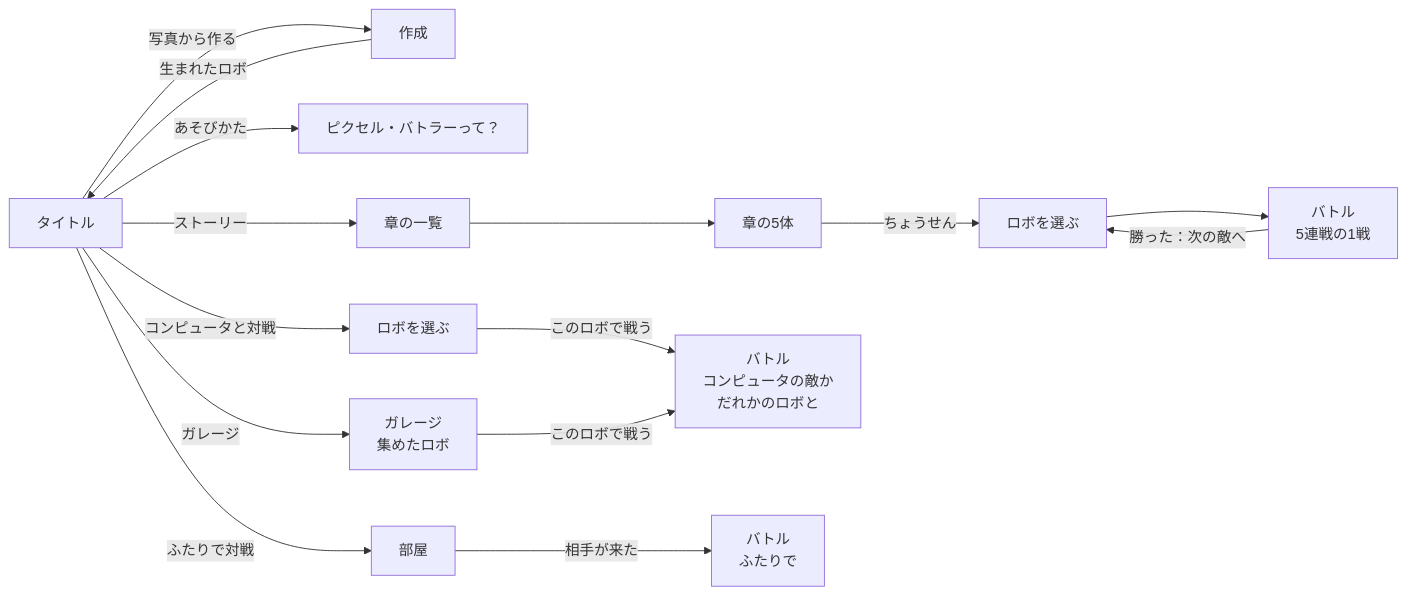
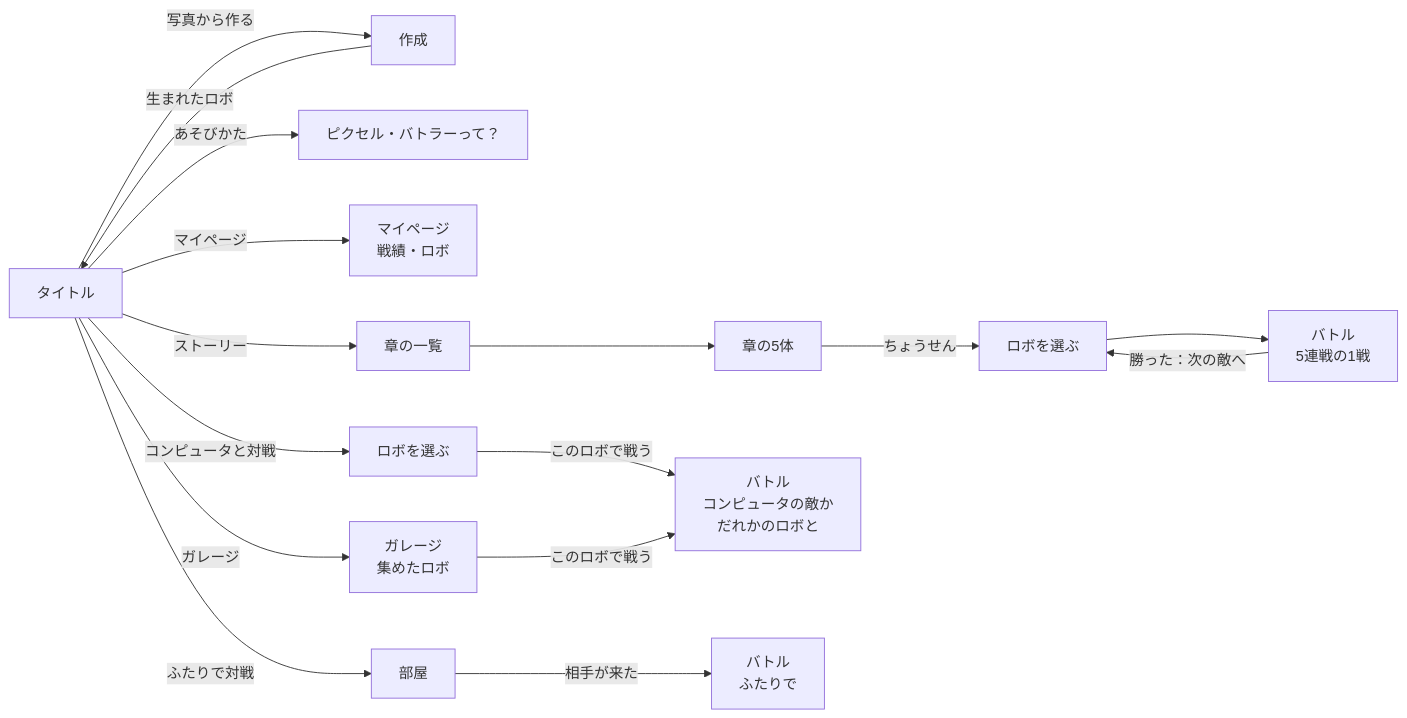
Before and after one commit to ucsd67001/Pixel_Battler: the first of 2 diagrams in docs/DESIGN.md, drawn with Mermaid. The commit also changed other lines of this file and 14 other files, not shown here.

````diff
--- a/docs/DESIGN.md
+++ b/docs/DESIGN.md
@@ -43,17 +43,18 @@
 ```mermaid
 flowchart LR
   T[タイトル] -->|写真から作る| C[作成]
   T -->|あそびかた| AB[ピクセル・バトラーって？]
+  T -->|マイページ| MP[マイページ<br>戦績・ロボ]
   C -->|生まれたロボ| T
   T -->|ストーリー| SM[章の一覧]
   SM --> CV[章の5体]
   CV -->|ちょうせん| SP[ロボを選ぶ]
   SP --> SB[バトル<br>5連戦の1戦]
   SB -->|勝った：次の敵へ| SP
   T -->|コンピュータと対戦| PK[ロボを選ぶ]
   PK -->|このロボで戦う| B[バトル<br>コンピュータの敵か<br>だれかのロボと]
   T -->|ガレージ| H[ガレージ<br>集めたロボ]
   H -->|このロボで戦う| B
   T -->|ふたりで対戦| R[部屋]
   R -->|相手が来た| NB[バトル<br>ふたりで]
 ```
````
